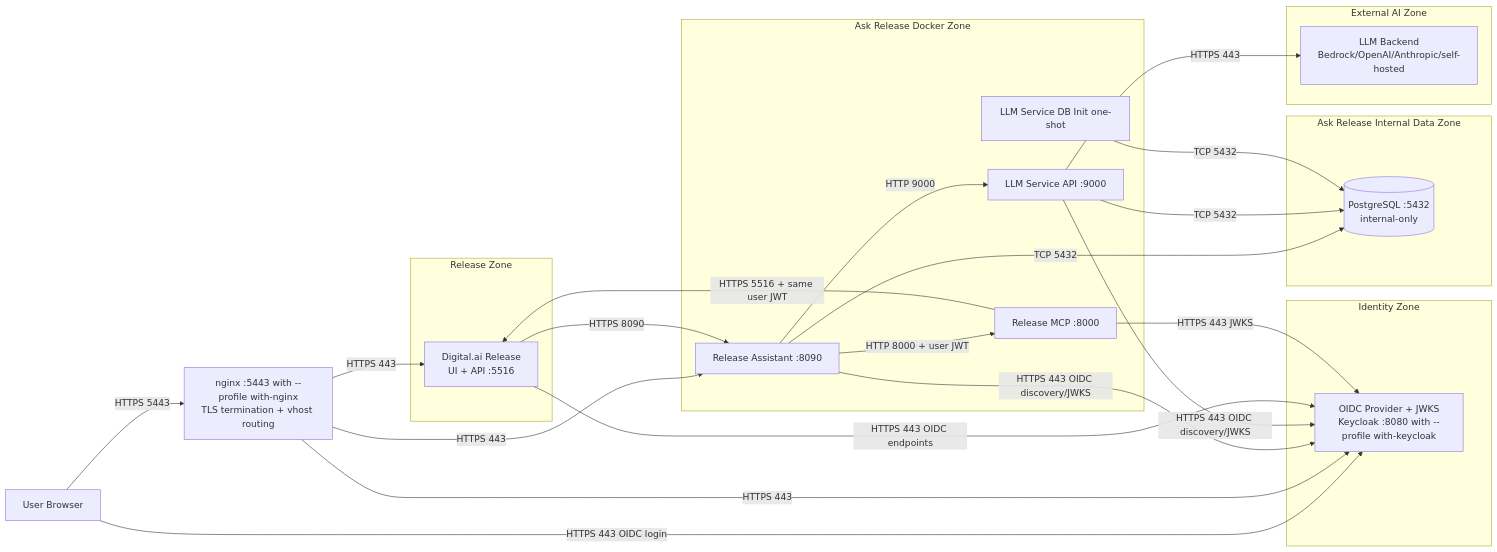
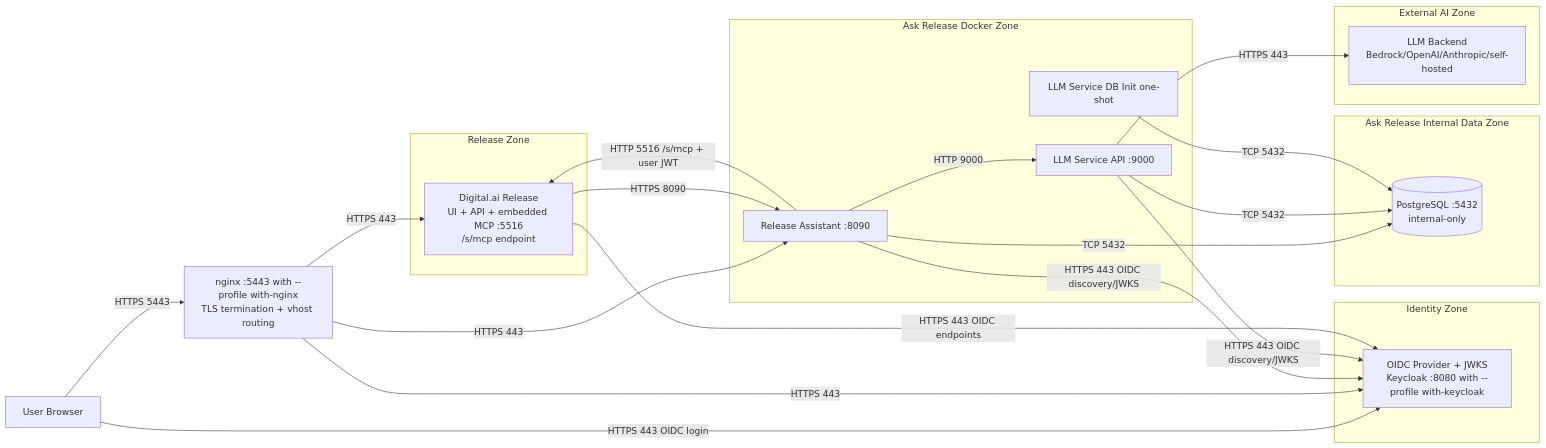
The diagram in README.md (digitalai-public/ask-release-docker), drawn with Mermaid before and after one commit. The commit also changed other lines of this file and 11 other files, not shown here.

Commit message:
Move mcp component to the Release

````diff
--- a/README.md
+++ b/README.md
@@ -45,47 +51,44 @@
 ```mermaid
 flowchart LR
     User[User Browser]
 
     subgraph Release Zone
-      Release[Digital.ai Release\nUI + API :5516]
+      Release[Digital.ai Release\nUI + API + embedded MCP :5516\n/s/mcp endpoint]
     end
 
     subgraph Ask Release Docker Zone
       Assistant[Release Assistant :8090]
-      MCP[Release MCP :8000]
       LLMApi[LLM Service API :9000]
       LLMInit[LLM Service DB Init one-shot]
     end
 
     subgraph Ask Release Internal Data Zone
       PG[(PostgreSQL :5432\ninternal-only)]
     end
 
     subgraph Identity Zone
       IdP[OIDC Provider + JWKS\nKeycloak :8080 with --profile with-keycloak]
     end
 
     subgraph External AI Zone
       Provider[LLM Backend\nBedrock/OpenAI/Anthropic/self-hosted]
     end
 
     Ingress[nginx :5443 with --profile with-nginx\nTLS termination + vhost routing]
 
     User -->|HTTPS 5443| Ingress
     User -->|HTTPS 443 OIDC login| IdP
     Ingress -->|HTTPS 443| Release
     Ingress -->|HTTPS 443| Assistant
     Ingress -->|HTTPS 443| IdP
     Release -->|HTTPS 8090| Assistant
-    Assistant -->|HTTP 8000 + user JWT| MCP
-    MCP -->|HTTPS 5516 + same user JWT| Release
+    Assistant -->|HTTP 5516 /s/mcp + user JWT| Release
     Assistant -->|HTTP 9000| LLMApi
     LLMApi -->|HTTPS 443| Provider
     Assistant -->|TCP 5432| PG
     LLMApi -->|TCP 5432| PG
     LLMInit -->|TCP 5432| PG
     Assistant -->|HTTPS 443 OIDC discovery/JWKS| IdP
     LLMApi -->|HTTPS 443 OIDC discovery/JWKS| IdP
     Release -->|HTTPS 443 OIDC endpoints| IdP
-    MCP -->|HTTPS 443 JWKS| IdP
 ```
````
